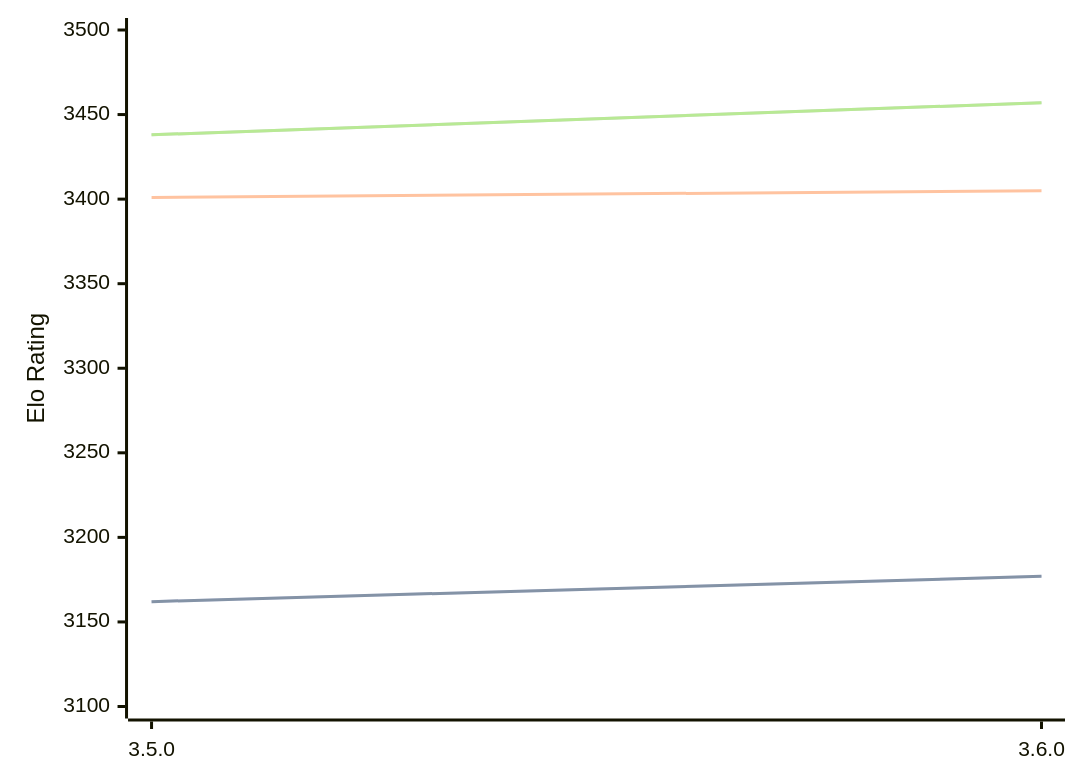
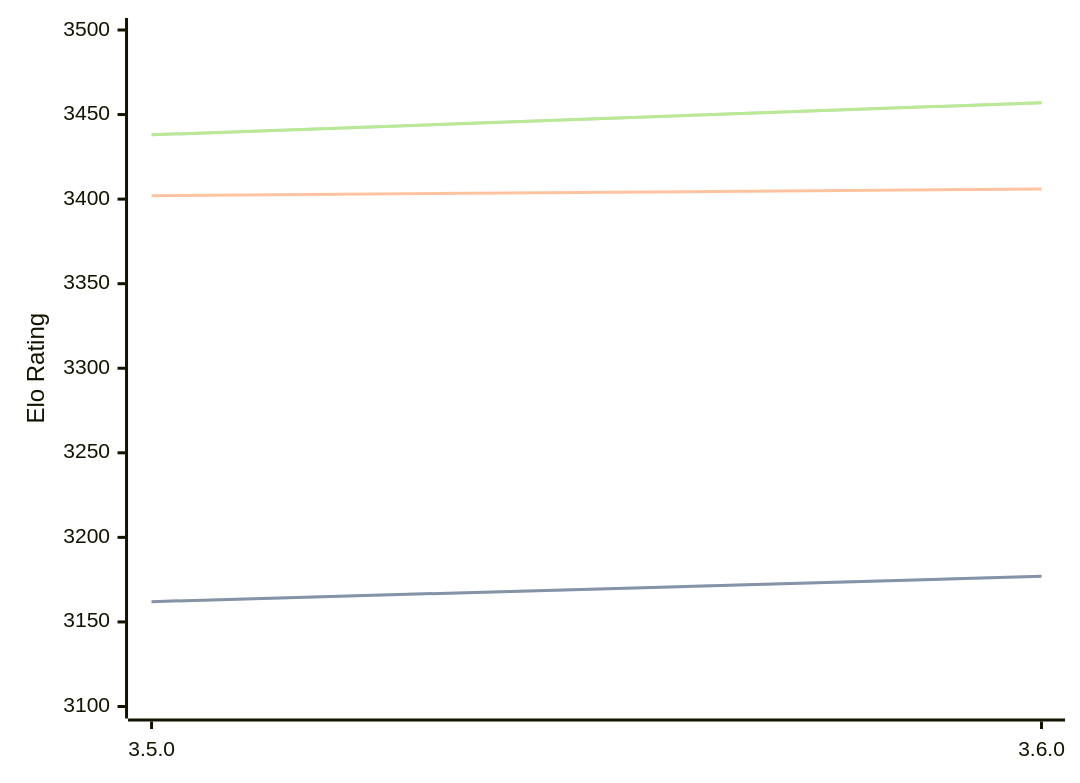
One commit to computer-chess-index/cci changed the diagram in engines/Igel.md. Above: the diagram before and after it, drawn with Mermaid. The commit also changed other lines of this file, not shown here.

````diff
--- a/engines/Igel.md
+++ b/engines/Igel.md
@@ -32,11 +32,11 @@
 ```mermaid
 %%{init: {"theme":"base","themeVariables":{"seriesColors:['#a3a3a3','#222221','#faa371']}}}%%
 xychart-beta
   x-axis ["3.5.0", "3.6.0"]
   y-axis "Elo Rating" 3100 --> 3500
   line "STC (8.0+0.08s)" [3162, 3177]
   line "STC (8.0+0.08s)" [3162, 3177]
-  line "LTC (60.0+0.60s)" [3401, 3405]
+  line "LTC (60.0+0.60s)" [3402, 3406]
   line "VLTC (2m24s+1.12s)" [3438, 3457]
   line "VLTC (2m24s+1.12s)" [3438, 3457]
 ```
````
